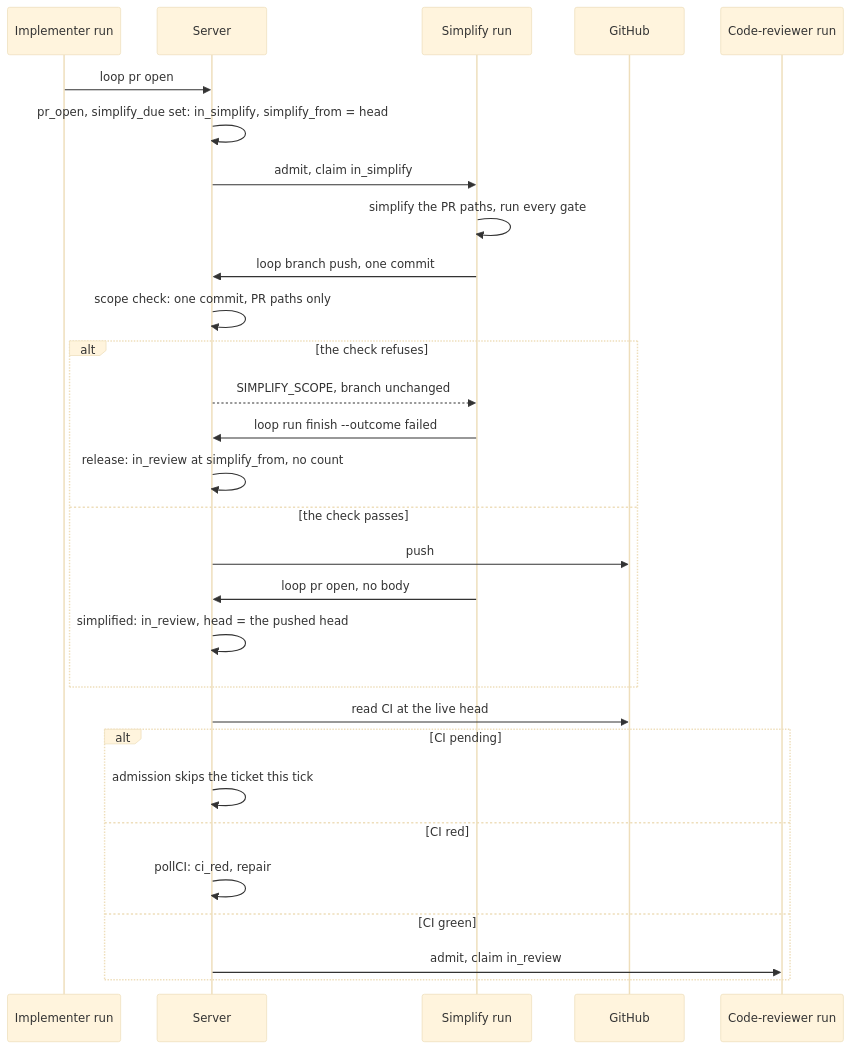
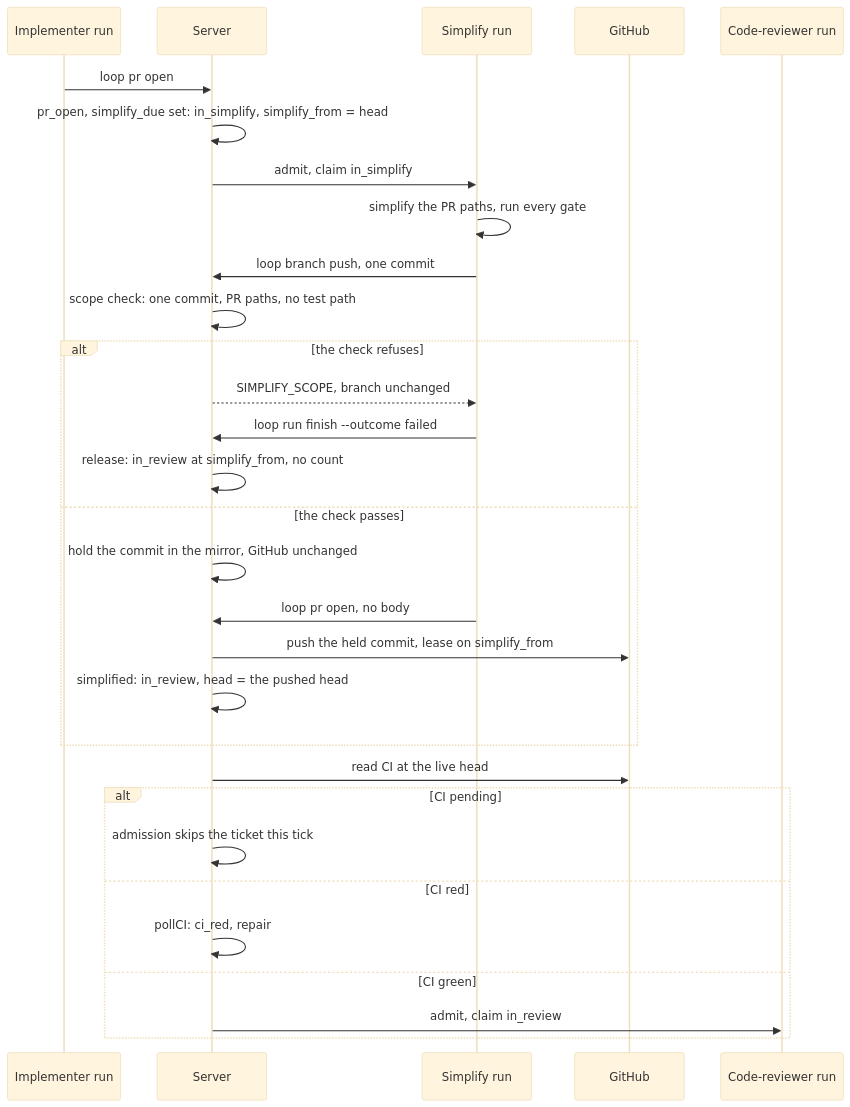
Before and after one commit to iantanwx/factory: the first of 3 diagrams in docs/plans/factorio-1r94-simplify-stage-spec.md, drawn with Mermaid (base theme). The commit also changed other lines of this file, not shown here.

First line of the commit message:
docs(spec): hold the simplify commit until the hand-off

````diff
--- a/docs/plans/factorio-1r94-simplify-stage-spec.md
+++ b/docs/plans/factorio-1r94-simplify-stage-spec.md
@@ -330,31 +409,32 @@
 ```mermaid
 sequenceDiagram
     participant I as Implementer run
     participant S as Server
     participant R as Simplify run
     participant G as GitHub
     participant C as Code-reviewer run
     I->>S: loop pr open
     S->>S: pr_open, simplify_due set: in_simplify, simplify_from = head
     S->>R: admit, claim in_simplify
     R->>R: simplify the PR paths, run every gate
     R->>S: loop branch push, one commit
-    S->>S: scope check: one commit, PR paths only
+    S->>S: scope check: one commit, PR paths, no test path
     alt the check refuses
         S-->>R: SIMPLIFY_SCOPE, branch unchanged
         R->>S: loop run finish --outcome failed
         S->>S: release: in_review at simplify_from, no count
     else the check passes
-        S->>G: push
+        S->>S: hold the commit in the mirror, GitHub unchanged
         R->>S: loop pr open, no body
+        S->>G: push the held commit, lease on simplify_from
         S->>S: simplified: in_review, head = the pushed head
     end
     S->>G: read CI at the live head
     alt CI pending
         S->>S: admission skips the ticket this tick
     else CI red
         S->>S: pollCI: ci_red, repair
     else CI green
         S->>C: admit, claim in_review
     end
 ```
````
